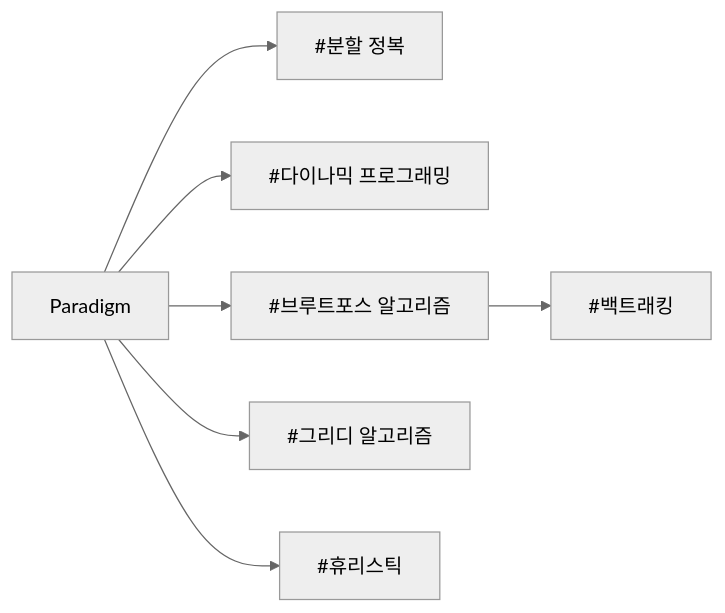
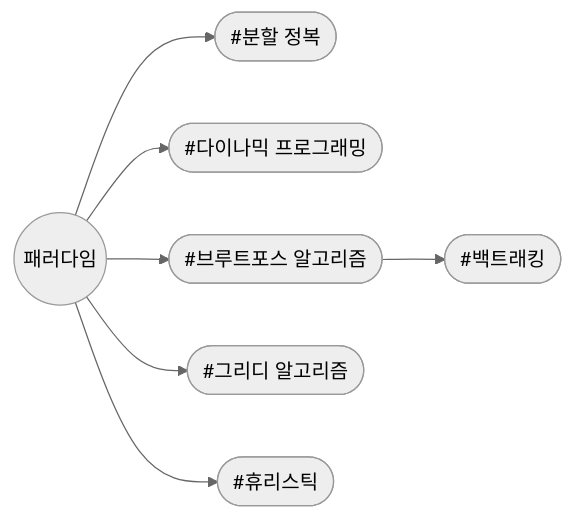
One commit to CHOYUNSIG/algorithm_with_boj changed the first of 12 diagrams in index.md. Above: the diagram before and after it, drawn with Mermaid (neutral theme). The commit also changed other lines of this file and 1 other file, not shown here.

```diff
--- a/index.md
+++ b/index.md
@@ -13,17 +13,19 @@
 <pre class="mermaid">
     graph LR
     
     Paradigm --> #divide_and_conquer
     Paradigm --> #dp
     Paradigm --> #bruteforcing
     Paradigm --> #greedy
     Paradigm --> #heuristics
     #bruteforcing --> #backtracking
 
-    #greedy[#그리디 알고리즘]
-    #dp[#다이나믹 프로그래밍]
-    #backtracking[#백트래킹]
-    #divide_and_conquer[#분할 정복]
-    #bruteforcing[#브루트포스 알고리즘]
-    #heuristics[#휴리스틱]
+    Paradigm((패러다임))
+
+    #greedy(["#그리디 알고리즘"])
+    #dp(["#다이나믹 프로그래밍"])
+    #backtracking(["#백트래킹"])
+    #divide_and_conquer(["#분할 정복"])
+    #bruteforcing(["#브루트포스 알고리즘"])
+    #heuristics(["#휴리스틱"])
 </pre>
```
